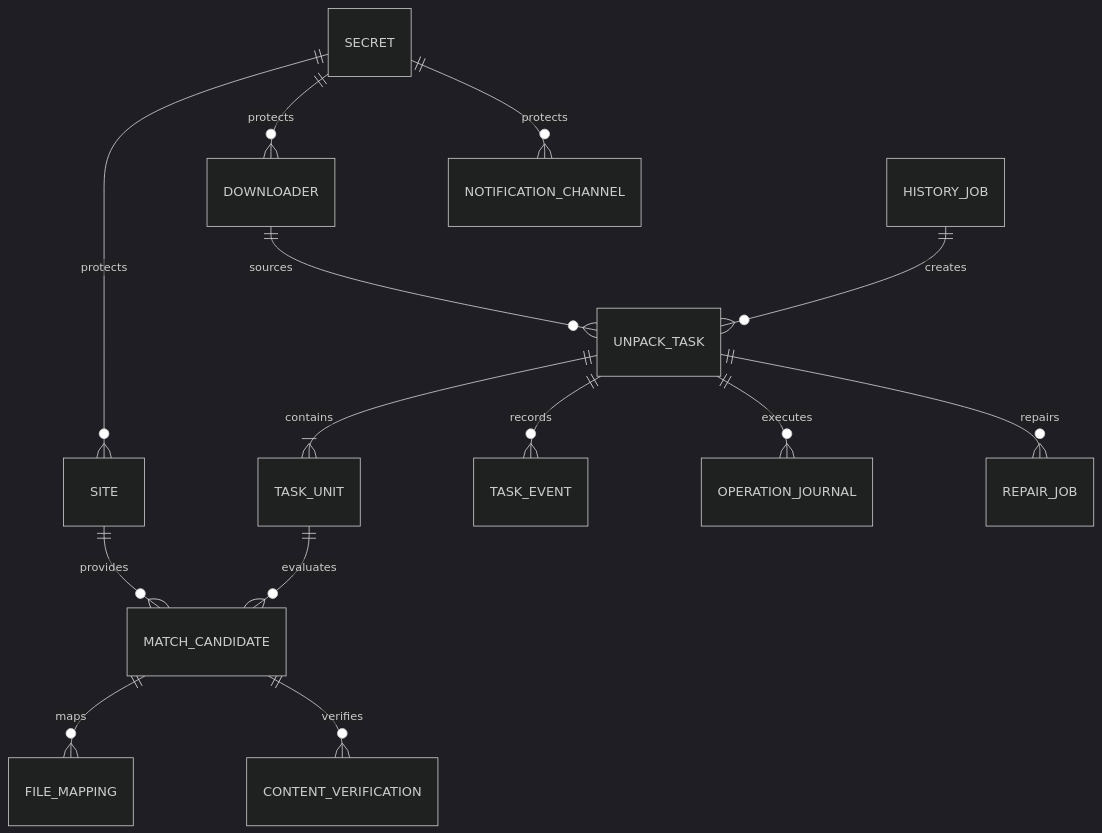
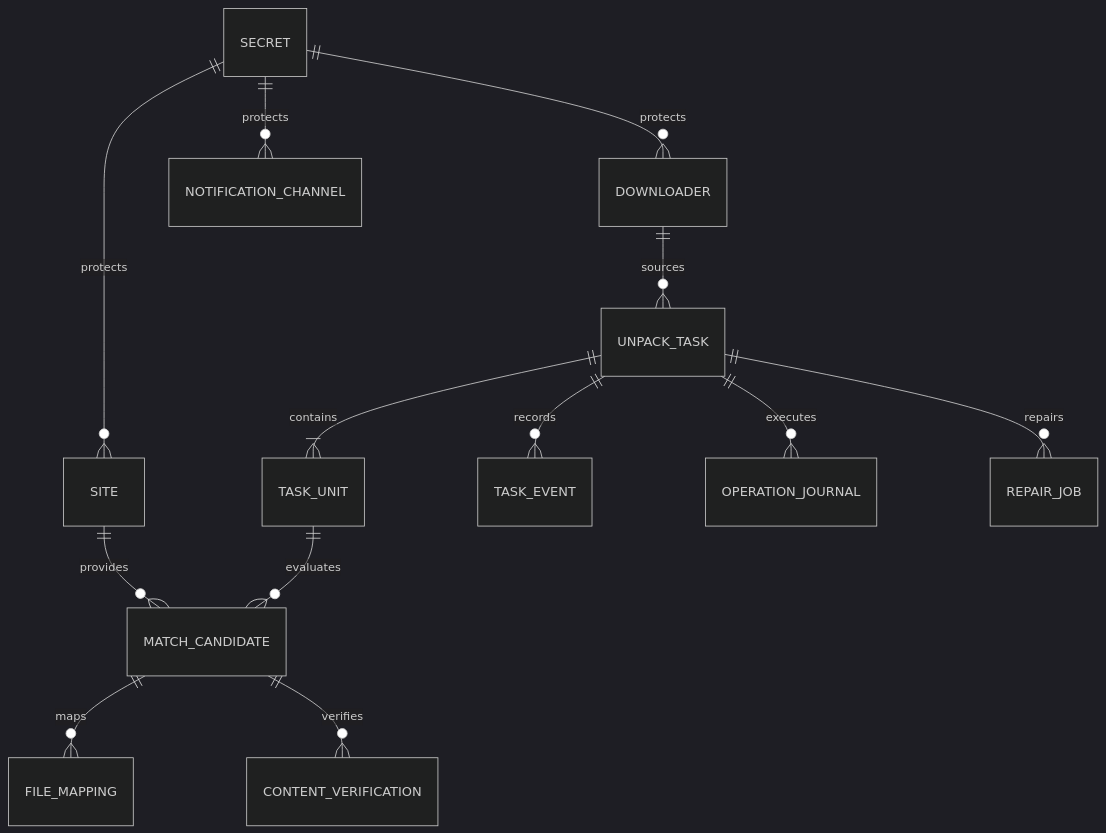
One commit to YYxiaoma/PackBreaker changed the first of 2 diagrams in docs/domain-model.md. Above: the diagram before and after it, drawn with Mermaid (dark theme). The commit also changed other lines of this file and 60 other files, not shown here.

````diff
--- a/docs/domain-model.md
+++ b/docs/domain-model.md
@@ -13,16 +13,15 @@
 ```mermaid
 erDiagram
     SITE ||--o{ MATCH_CANDIDATE : provides
     DOWNLOADER ||--o{ UNPACK_TASK : sources
     UNPACK_TASK ||--|{ TASK_UNIT : contains
     TASK_UNIT ||--o{ MATCH_CANDIDATE : evaluates
     MATCH_CANDIDATE ||--o{ FILE_MAPPING : maps
     MATCH_CANDIDATE ||--o{ CONTENT_VERIFICATION : verifies
     UNPACK_TASK ||--o{ TASK_EVENT : records
     UNPACK_TASK ||--o{ OPERATION_JOURNAL : executes
     UNPACK_TASK ||--o{ REPAIR_JOB : repairs
-    HISTORY_JOB ||--o{ UNPACK_TASK : creates
     SECRET ||--o{ SITE : protects
     SECRET ||--o{ DOWNLOADER : protects
     SECRET ||--o{ NOTIFICATION_CHANNEL : protects
 ```
````
